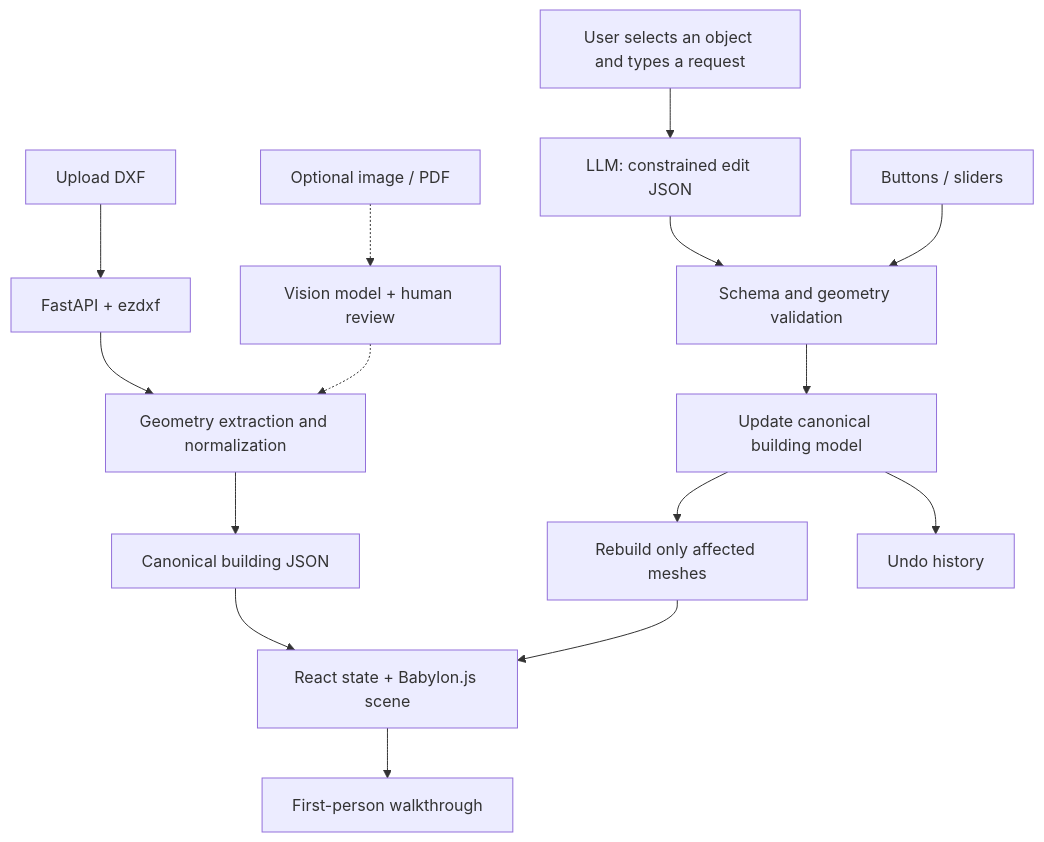
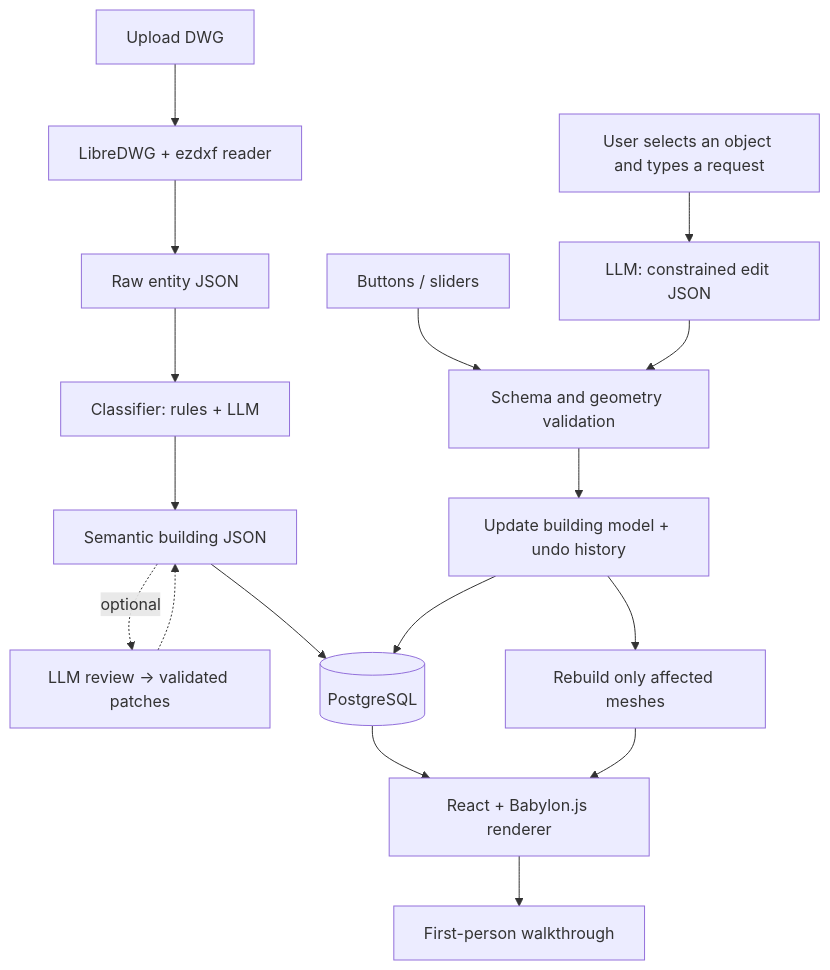
Before and after one commit to Severynson/Walkitecture: the diagram in README.md, drawn with Mermaid. The commit also changed other lines of this file, not shown here.

First line of the commit message:
docs: update README for DWG pipeline, stack, and deployment

````diff
--- a/README.md
+++ b/README.md
@@ -95,19 +107,20 @@
 ```mermaid
 flowchart TD
-    A[Upload DXF] --> B[FastAPI + ezdxf]
-    B --> C[Geometry extraction and normalization]
-    X[Optional image / PDF] -.-> V[Vision model + human review]
-    V -.-> C
-    C --> D[Canonical building JSON]
-    D --> E[React state + Babylon.js scene]
+    A[Upload DWG] --> B[LibreDWG + ezdxf reader]
+    B --> C[Raw entity JSON]
+    C --> K[Classifier: rules + LLM]
+    K --> D[Semantic building JSON]
+    D -. optional .-> RV[LLM review → validated patches]
+    RV -.-> D
+    D --> P[(PostgreSQL)]
+    P --> E[React + Babylon.js renderer]
     E --> F[First-person walkthrough]
 
     U[User selects an object and types a request] --> L[LLM: constrained edit JSON]
+    S[Buttons / sliders] --> G
     L --> G[Schema and geometry validation]
-    G --> H[Update canonical building model]
+    G --> H[Update building model + undo history]
+    H --> P
     H --> I[Rebuild only affected meshes]
     I --> E
-
-    S[Buttons / sliders] --> G
-    H --> J[Undo history]
 ```
````
